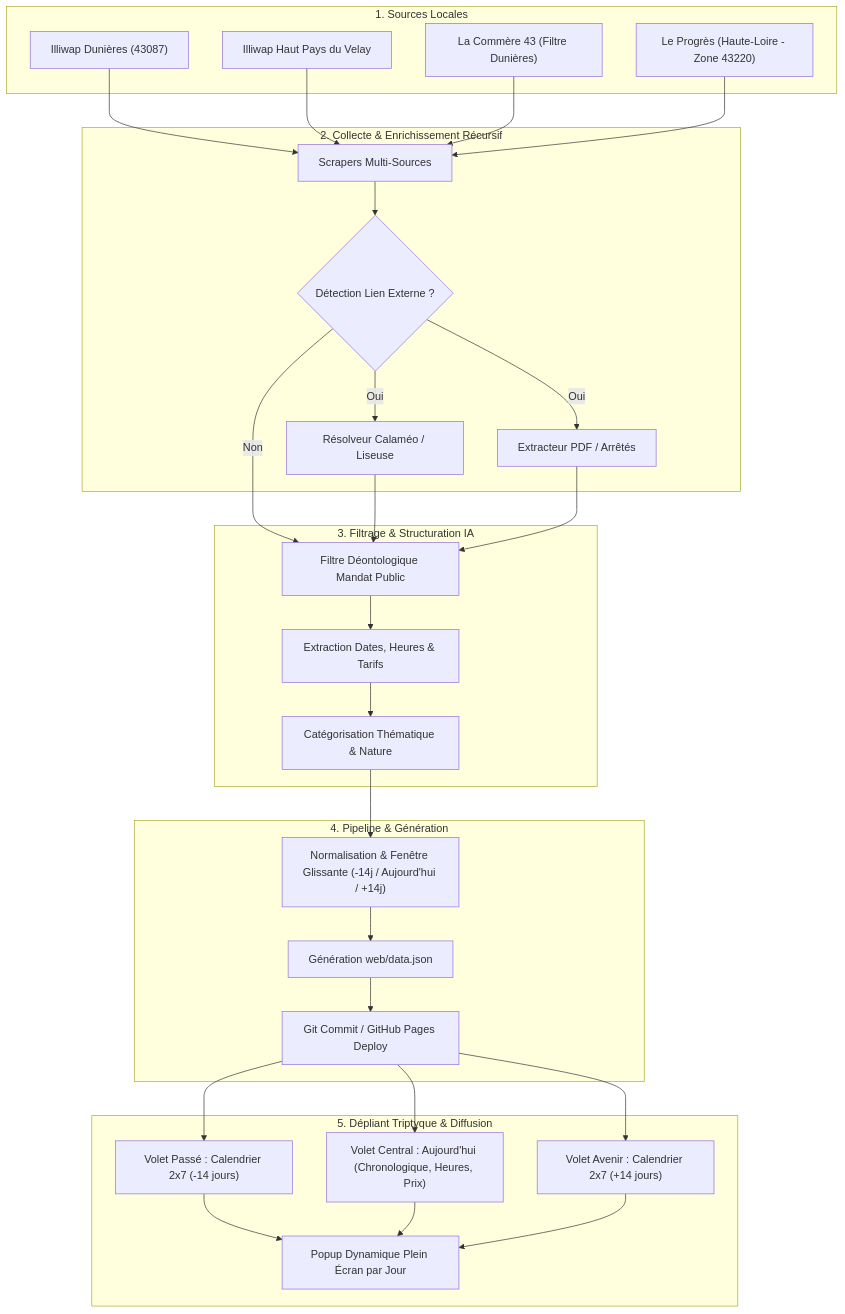
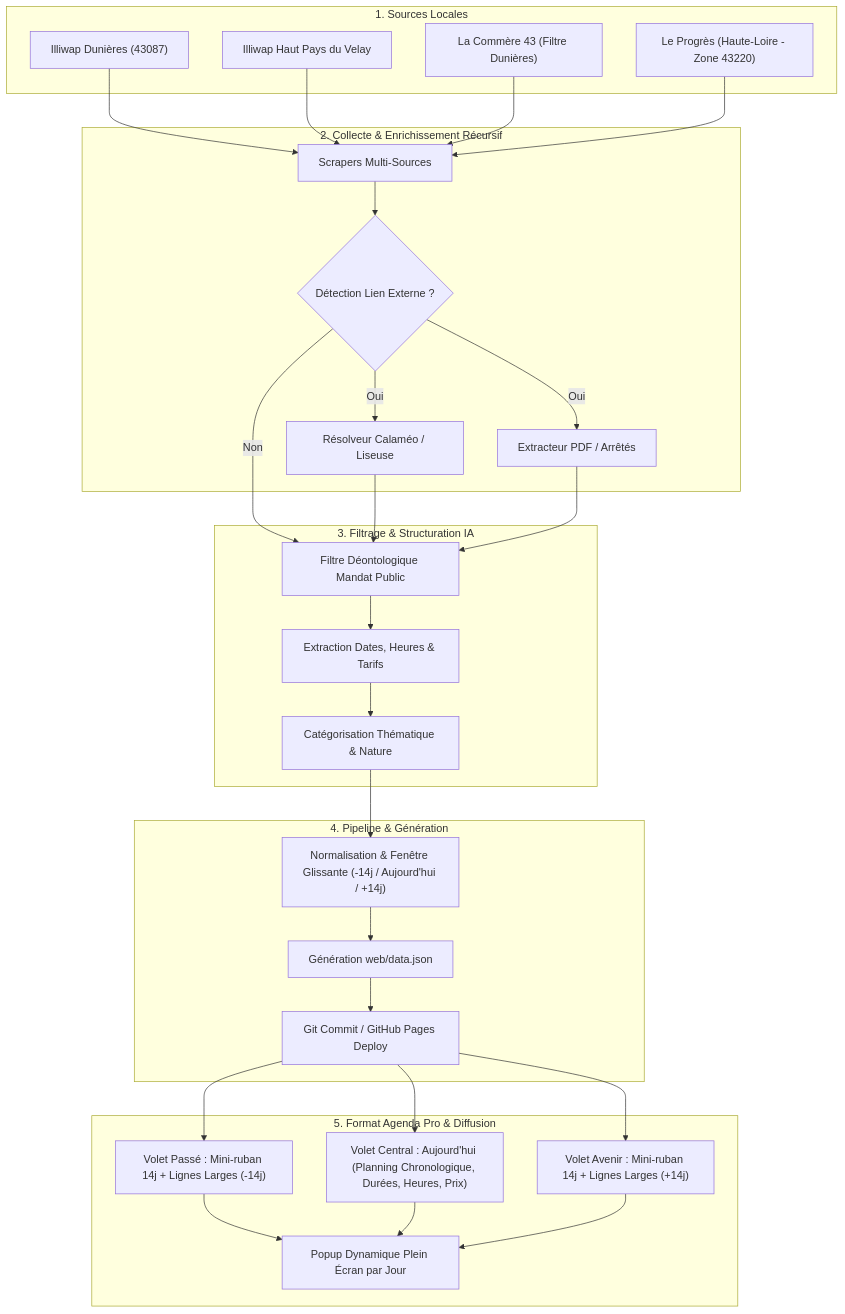
Before and after one commit to mjacquiot/Calendrier-Citoyen: the diagram in ARCHITECTURE.md, drawn with Mermaid. The commit also changed other lines of this file and 4 other files, not shown here.

Commit message:
feat(ui): refonte complete en agenda professionnel pleine largeur avec durees et mini-rubans 14j

````diff
--- a/ARCHITECTURE.md
+++ b/ARCHITECTURE.md
@@ -17,57 +17,57 @@
 ```mermaid
 flowchart TD
     subgraph Sources["1. Sources Locales"]
         S1["Illiwap Dunières (43087)"]
         S2["Illiwap Haut Pays du Velay"]
         S3["La Commère 43 (Filtre Dunières)"]
         S4["Le Progrès (Haute-Loire - Zone 43220)"]
     end
 
     subgraph Scrapers["2. Collecte & Enrichissement Récursif"]
         C1["Scrapers Multi-Sources"]
         C2{"Détection Lien Externe ?"}
         C3["Résolveur Calaméo / Liseuse"]
         C4["Extracteur PDF / Arrêtés"]
     end
 
     subgraph AI["3. Filtrage & Structuration IA"]
         AI1["Filtre Déontologique Mandat Public"]
         AI2["Extraction Dates, Heures & Tarifs"]
         AI3["Catégorisation Thématique & Nature"]
     end
 
     subgraph Build["4. Pipeline & Génération"]
         P1["Normalisation & Fenêtre Glissante (-14j / Aujourd'hui / +14j)"]
         P2["Génération web/data.json"]
         P3["Git Commit / GitHub Pages Deploy"]
     end
 
-    subgraph Delivery["5. Dépliant Triptyque & Diffusion"]
-        W1["Volet Passé : Calendrier 2x7 (-14 jours)"]
-        W2["Volet Central : Aujourd'hui (Chronologique, Heures, Prix)"]
-        W3["Volet Avenir : Calendrier 2x7 (+14 jours)"]
+    subgraph Delivery["5. Format Agenda Pro & Diffusion"]
+        W1["Volet Passé : Mini-ruban 14j + Lignes Larges (-14j)"]
+        W2["Volet Central : Aujourd'hui (Planning Chronologique, Durées, Heures, Prix)"]
+        W3["Volet Avenir : Mini-ruban 14j + Lignes Larges (+14j)"]
         W4["Popup Dynamique Plein Écran par Jour"]
     end
 
     S1 --> C1
     S2 --> C1
     S3 --> C1
     S4 --> C1
     C1 --> C2
     C2 -- Oui --> C3
     C2 -- Oui --> C4
     C2 -- Non --> AI1
     C3 --> AI1
     C4 --> AI1
     AI1 --> AI2
     AI2 --> AI3
     AI3 --> P1
     P1 --> P2
     P2 --> P3
     P3 --> W1
     P3 --> W2
     P3 --> W3
     W1 --> W4
     W2 --> W4
     W3 --> W4
 ```
````
